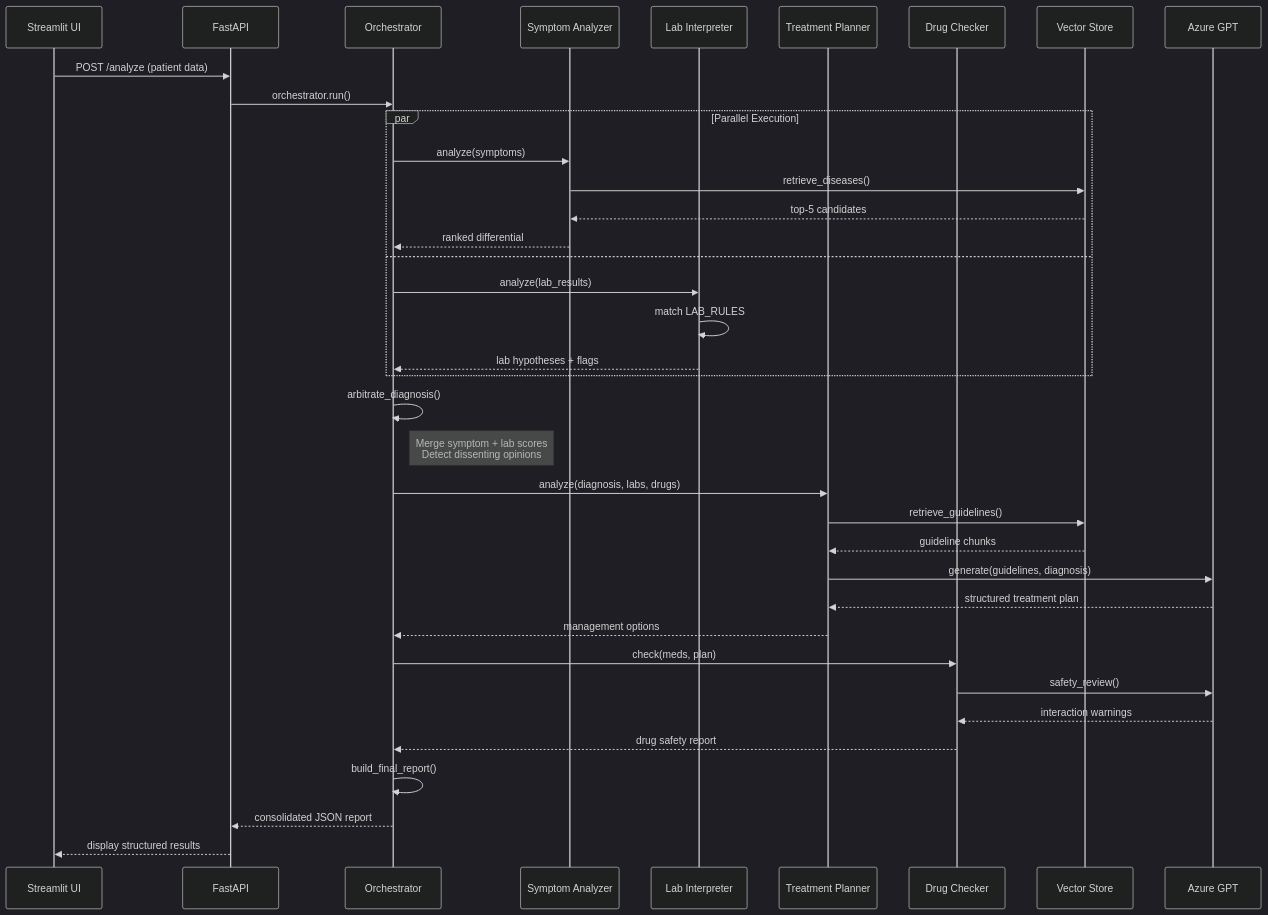
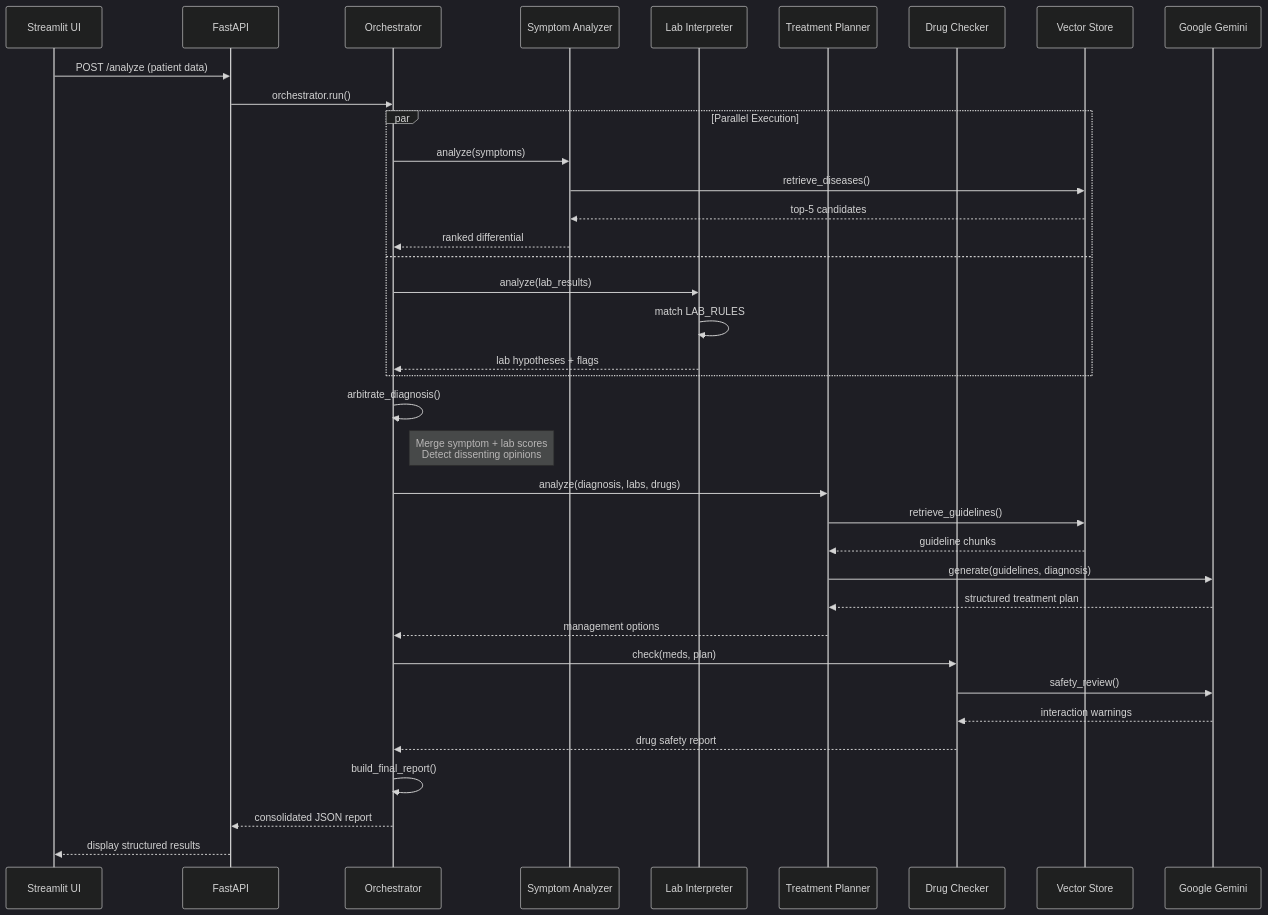
The third of 3 diagrams in clinical-AI_NW/README.md (Om-Shankar-Thakur/clinical-ai-multiagent), drawn with Mermaid (dark theme) before and after one commit. The commit also changed other lines of this file and 1 other file, not shown here.

First line of the commit message:
docs: document planner-executor architecture

````diff
--- a/clinical-AI_NW/README.md
+++ b/clinical-AI_NW/README.md
@@ -237,45 +234,45 @@
 ```mermaid
 sequenceDiagram
     participant UI as Streamlit UI
     participant API as FastAPI
     participant Orch as Orchestrator
     participant SA as Symptom Analyzer
     participant LA as Lab Interpreter
     participant TP as Treatment Planner
     participant DC as Drug Checker
     participant FAISS as Vector Store
-    participant LLM as Azure GPT
+    participant LLM as Google Gemini
 
     UI->>API: POST /analyze (patient data)
     API->>Orch: orchestrator.run()
     
     par Parallel Execution
         Orch->>SA: analyze(symptoms)
         SA->>FAISS: retrieve_diseases()
         FAISS-->>SA: top-5 candidates
         SA-->>Orch: ranked differential
     and
         Orch->>LA: analyze(lab_results)
         LA->>LA: match LAB_RULES
         LA-->>Orch: lab hypotheses + flags
     end
     
     Orch->>Orch: arbitrate_diagnosis()
     Note right of Orch: Merge symptom + lab scores<br/>Detect dissenting opinions
     
     Orch->>TP: analyze(diagnosis, labs, drugs)
     TP->>FAISS: retrieve_guidelines()
     FAISS-->>TP: guideline chunks
     TP->>LLM: generate(guidelines, diagnosis)
     LLM-->>TP: structured treatment plan
     TP-->>Orch: management options
     
     Orch->>DC: check(meds, plan)
     DC->>LLM: safety_review()
     LLM-->>DC: interaction warnings
     DC-->>Orch: drug safety report
     
     Orch->>Orch: build_final_report()
     Orch-->>API: consolidated JSON report
     API-->>UI: display structured results
 ```
````
